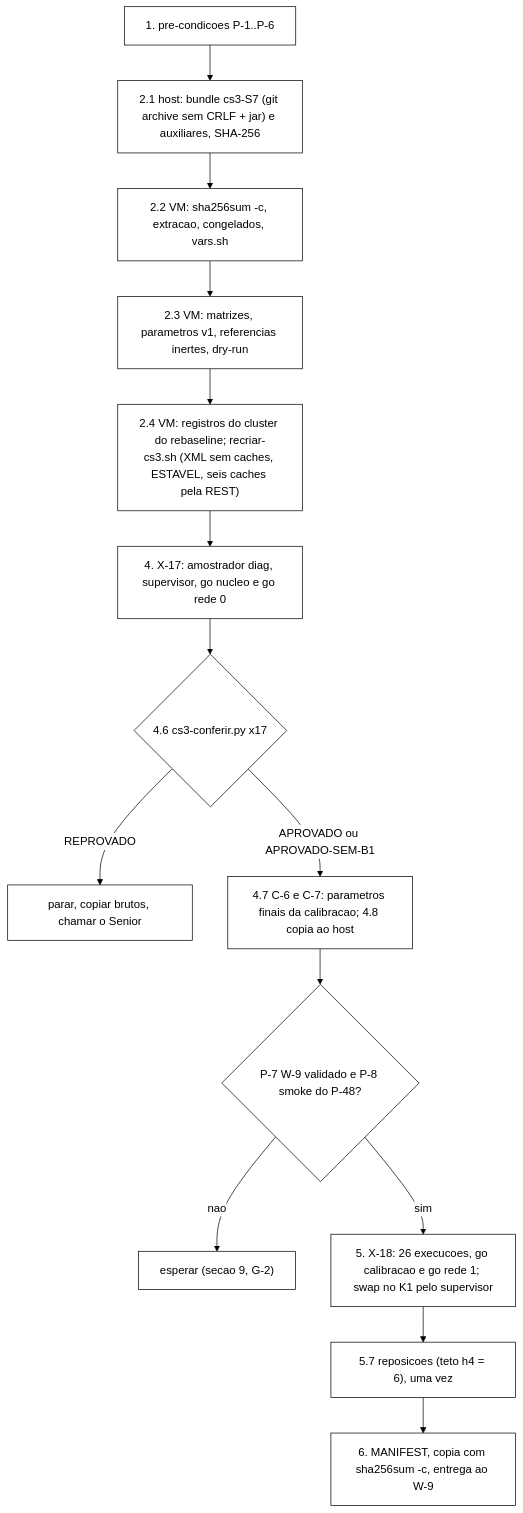
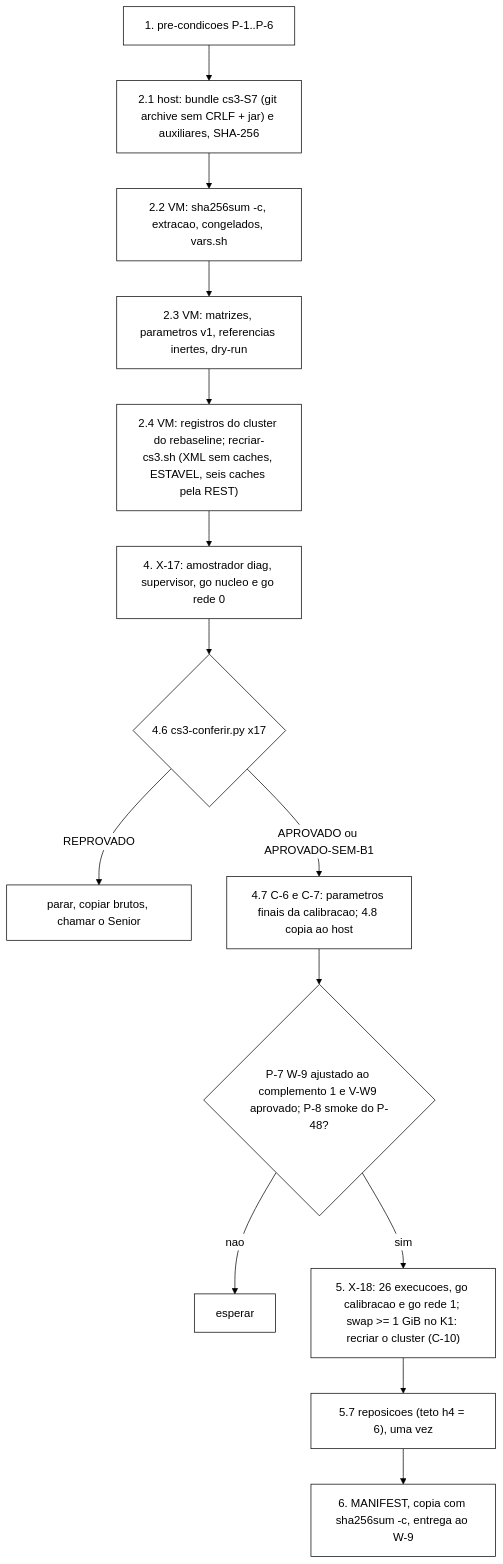
The diagram in docs/roteiro-x17-calibracao-2026-11-05.md (franpgn/tcc-verificacao-formal-invariantes-sessao), drawn with Mermaid before and after one commit. The commit also changed other lines of this file, not shown here.

````diff
--- a/docs/roteiro-x17-calibracao-2026-11-05.md
+++ b/docs/roteiro-x17-calibracao-2026-11-05.md
@@ -35,17 +43,17 @@
 ```mermaid
 %%{init: {'theme':'base','themeVariables':{'background':'#ffffff','primaryColor':'#ffffff','primaryTextColor':'#000000','primaryBorderColor':'#000000','lineColor':'#000000','secondaryColor':'#ffffff','tertiaryColor':'#ffffff','fontFamily':'Arial'}}}%%
 flowchart TD
     P["1. pre-condicoes P-1..P-6"] --> B["2.1 host: bundle cs3-S7 (git archive sem CRLF + jar) e auxiliares, SHA-256"]
     B --> V["2.2 VM: sha256sum -c, extracao, congelados, vars.sh"]
     V --> E["2.3 VM: matrizes, parametros v1, referencias inertes, dry-run"]
     E --> R["2.4 VM: registros do cluster do rebaseline; recriar-cs3.sh (XML sem caches, ESTAVEL, seis caches pela REST)"]
     R --> X["4. X-17: amostrador diag, supervisor, go nucleo e go rede 0"]
     X --> C{"4.6 cs3-conferir.py x17"}
     C -->|REPROVADO| S["parar, copiar brutos, chamar o Senior"]
     C -->|"APROVADO ou APROVADO-SEM-B1"| M["4.7 C-6 e C-7: parametros finais da calibracao; 4.8 copia ao host"]
-    M --> Q{"P-7 W-9 validado e P-8 smoke do P-48?"}
-    Q -->|nao| W["esperar (secao 9, G-2)"]
-    Q -->|sim| K["5. X-18: 26 execucoes, go calibracao e go rede 1; swap no K1 pelo supervisor"]
+    M --> Q{"P-7 W-9 ajustado ao complemento 1 e V-W9 aprovado; P-8 smoke do P-48?"}
+    Q -->|nao| W["esperar"]
+    Q -->|sim| K["5. X-18: 26 execucoes, go calibracao e go rede 1; swap >= 1 GiB no K1: recriar o cluster (C-10)"]
     K --> RP["5.7 reposicoes (teto h4 = 6), uma vez"]
     RP --> F["6. MANIFEST, copia com sha256sum -c, entrega ao W-9"]
 ```
````
